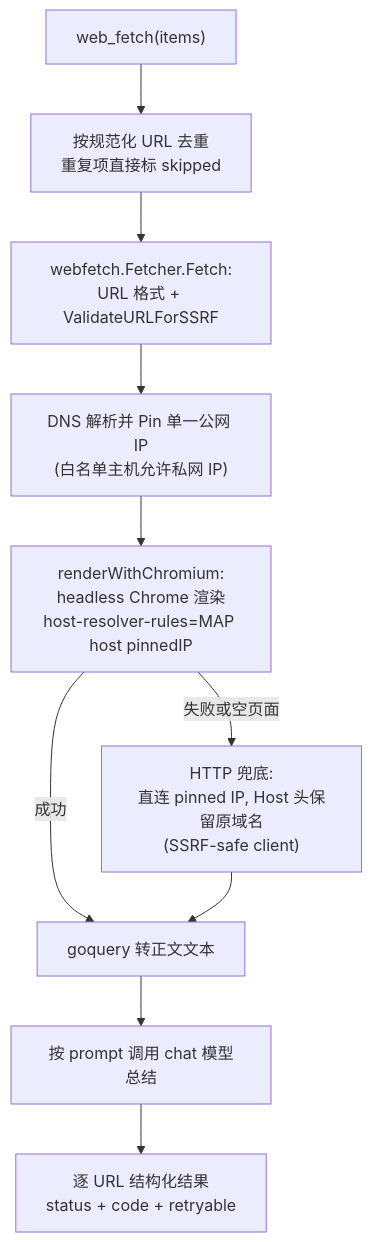
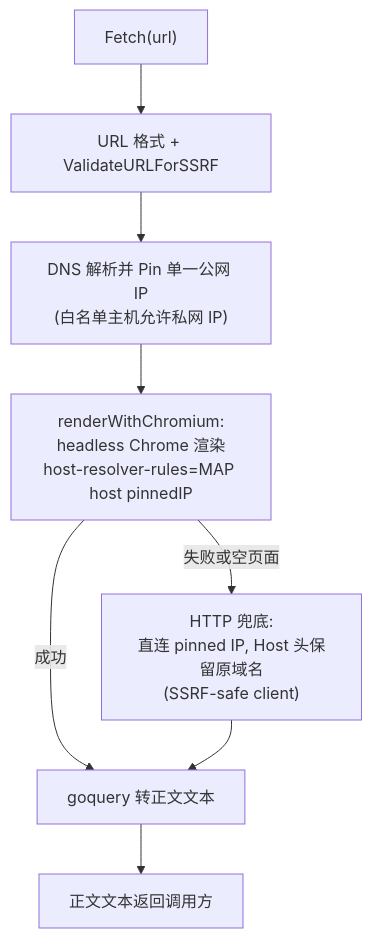
Before and after one commit to magicyuan876/Yuheng: the second of 2 diagrams in website-docs/03-features/11-web-search.md, drawn with Mermaid. The commit also changed other lines of this file and 994 other files, not shown here.

````diff
--- a/website-docs/03-features/11-web-search.md
+++ b/website-docs/03-features/11-web-search.md
@@ -131,12 +126,10 @@
 ```mermaid
 flowchart TD
-    A["web_fetch(items)"] --> A1["按规范化 URL 去重<br/>重复项直接标 skipped"]
-    A1 --> B["webfetch.Fetcher.Fetch:<br/>URL 格式 + ValidateURLForSSRF"]
+    A["Fetch(url)"] --> B["URL 格式 + ValidateURLForSSRF"]
     B --> C["DNS 解析并 Pin 单一公网 IP<br/>(白名单主机允许私网 IP)"]
     C --> D["renderWithChromium:<br/>headless Chrome 渲染<br/>host-resolver-rules=MAP host pinnedIP"]
     D -->|"失败或空页面"| E["HTTP 兜底:<br/>直连 pinned IP, Host 头保留原域名<br/>(SSRF-safe client)"]
     D -->|"成功"| F["goquery 转正文文本"]
     E --> F
-    F --> G["按 prompt 调用 chat 模型总结"]
-    G --> H["逐 URL 结构化结果<br/>status + code + retryable"]
+    F --> G["正文文本返回调用方"]
 ```
````
